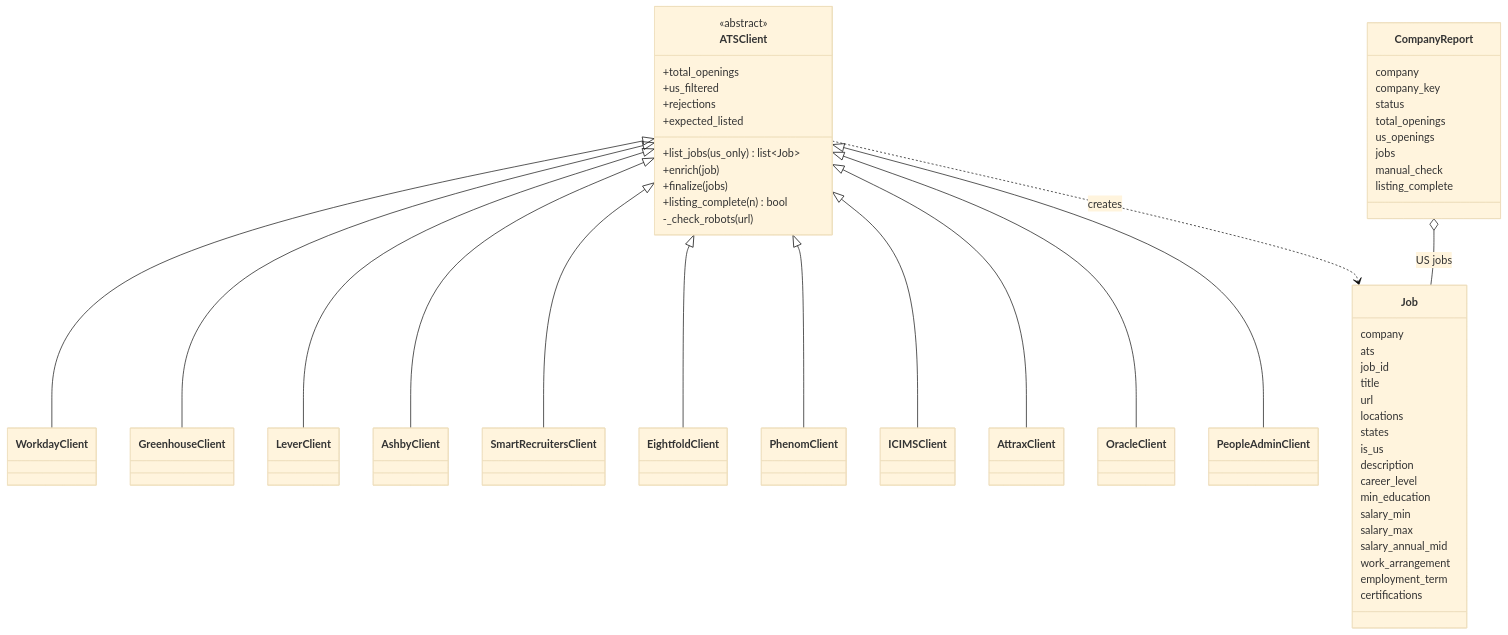
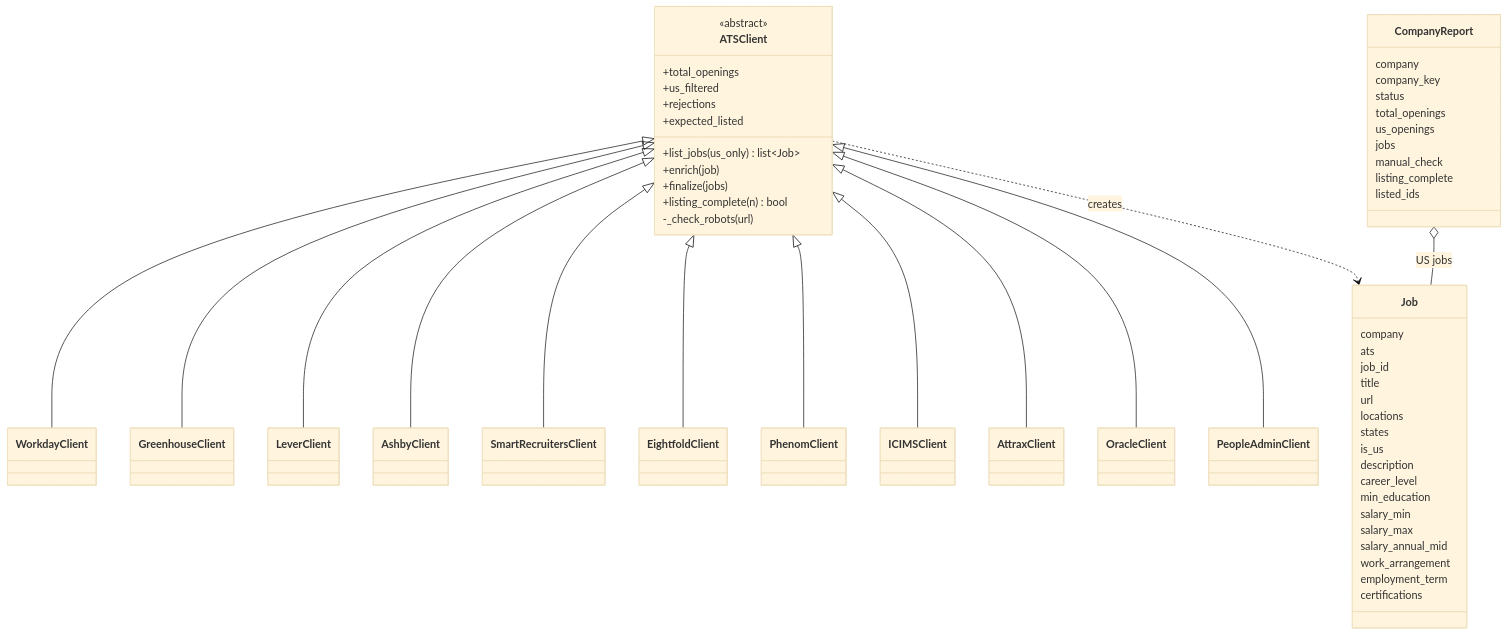
The fifth of 7 diagrams in ARCHITECTURE.md (gonzalou77/career-sifter), drawn with Mermaid (base theme) before and after one commit. The commit also changed other lines of this file and 10 other files, not shown here.

````diff
--- a/ARCHITECTURE.md
+++ b/ARCHITECTURE.md
@@ -190,60 +191,61 @@
 ```mermaid
 classDiagram
     direction TB
 
     class ATSClient {
         <<abstract>>
         +total_openings
         +us_filtered
         +rejections
         +expected_listed
         +list_jobs(us_only) list~Job~
         +enrich(job)
         +finalize(jobs)
         +listing_complete(n) bool
         -_check_robots(url)
     }
     class Job {
         company
         ats
         job_id
         title
         url
         locations
         states
         is_us
         description
         career_level
         min_education
         salary_min
         salary_max
         salary_annual_mid
         work_arrangement
         employment_term
         certifications
     }
     class CompanyReport {
         company
         company_key
         status
         total_openings
         us_openings
         jobs
         manual_check
         listing_complete
+        listed_ids
     }
 
     ATSClient <|-- WorkdayClient
     ATSClient <|-- GreenhouseClient
     ATSClient <|-- LeverClient
     ATSClient <|-- AshbyClient
     ATSClient <|-- SmartRecruitersClient
     ATSClient <|-- EightfoldClient
     ATSClient <|-- PhenomClient
     ATSClient <|-- ICIMSClient
     ATSClient <|-- AttraxClient
     ATSClient <|-- OracleClient
     ATSClient <|-- PeopleAdminClient
     ATSClient ..> Job : creates
     CompanyReport o-- Job : US jobs
 ```
````
